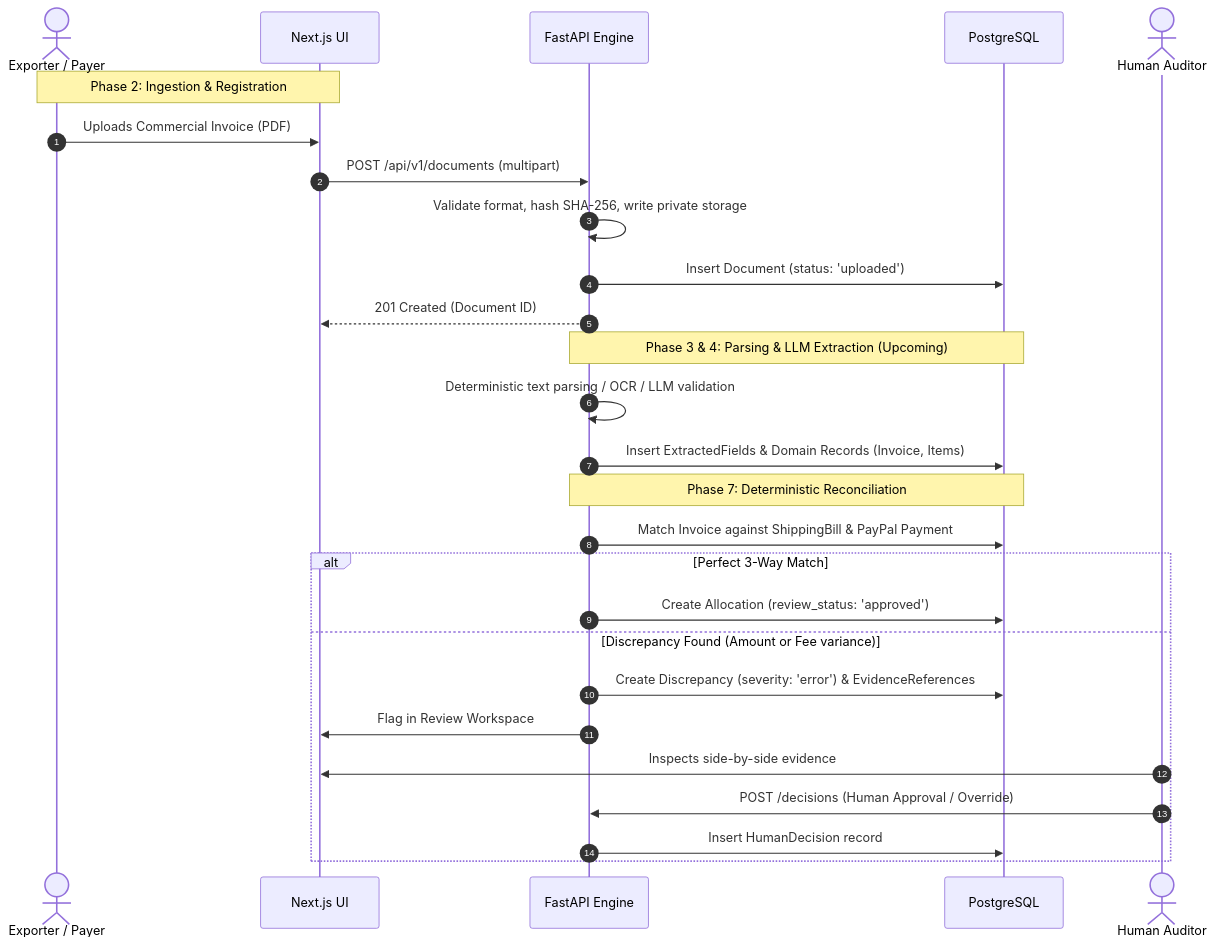
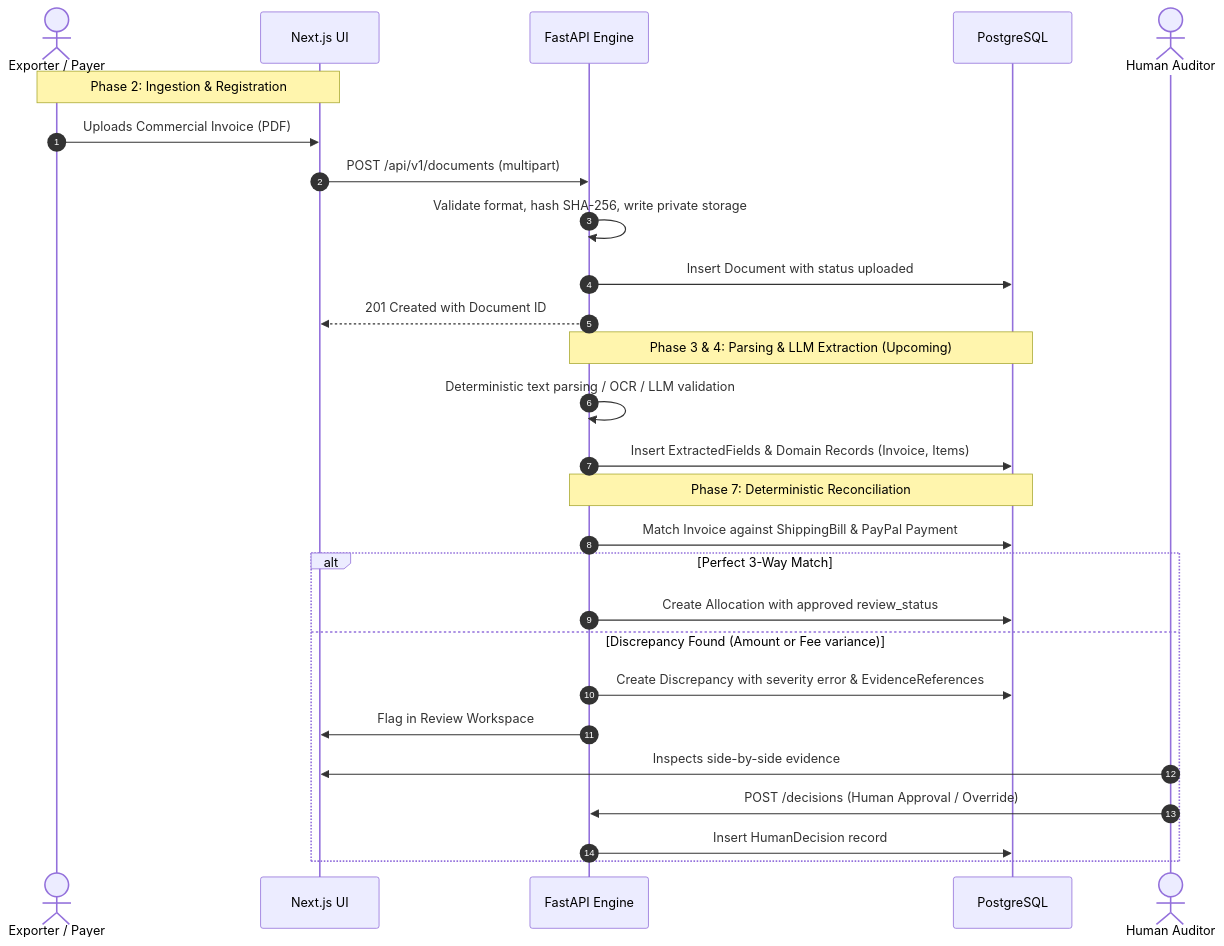
One commit to Bhim100/ProcureMind changed the sixth of 6 diagrams in docs/ARCHITECTURE.md. Above: the diagram before and after it, drawn with Mermaid. The commit also changed other lines of this file, not shown here.

Commit message:
docs: fix Mermaid sequence diagram labels syntax in ARCHITECTURE.md

````diff
--- a/docs/ARCHITECTURE.md
+++ b/docs/ARCHITECTURE.md
@@ -424,32 +424,32 @@
 ```mermaid
 sequenceDiagram
     autonumber
     actor Exporter as Exporter / Payer
     participant NextJS as Next.js UI
     participant Backend as FastAPI Engine
     participant DB as PostgreSQL
     actor Auditor as Human Auditor
 
     Note over Exporter,NextJS: Phase 2: Ingestion & Registration
     Exporter->>NextJS: Uploads Commercial Invoice (PDF)
     NextJS->>Backend: POST /api/v1/documents (multipart)
     Backend->>Backend: Validate format, hash SHA-256, write private storage
-    Backend->>DB: Insert Document (status: 'uploaded')
-    Backend-->>NextJS: 201 Created (Document ID)
+    Backend->>DB: Insert Document with status uploaded
+    Backend-->>NextJS: 201 Created with Document ID
 
     Note over Backend,DB: Phase 3 & 4: Parsing & LLM Extraction (Upcoming)
     Backend->>Backend: Deterministic text parsing / OCR / LLM validation
     Backend->>DB: Insert ExtractedFields & Domain Records (Invoice, Items)
 
     Note over Backend,DB: Phase 7: Deterministic Reconciliation
     Backend->>DB: Match Invoice against ShippingBill & PayPal Payment
     alt Perfect 3-Way Match
-        Backend->>DB: Create Allocation (review_status: 'approved')
+        Backend->>DB: Create Allocation with approved review_status
     else Discrepancy Found (Amount or Fee variance)
-        Backend->>DB: Create Discrepancy (severity: 'error') & EvidenceReferences
+        Backend->>DB: Create Discrepancy with severity error & EvidenceReferences
         Backend->>NextJS: Flag in Review Workspace
         Auditor->>NextJS: Inspects side-by-side evidence
         Auditor->>Backend: POST /decisions (Human Approval / Override)
         Backend->>DB: Insert HumanDecision record
     end
 ```
````
